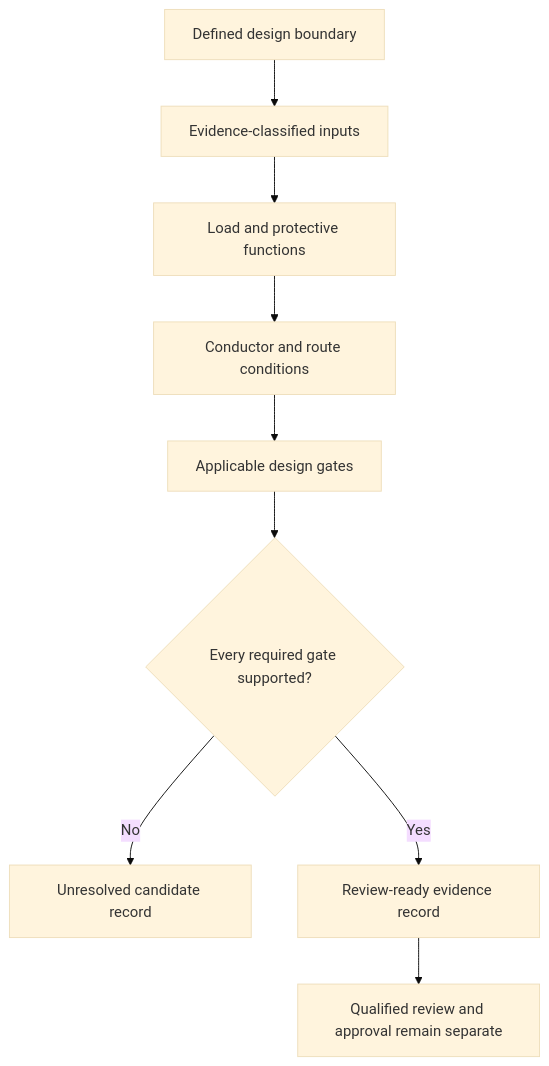
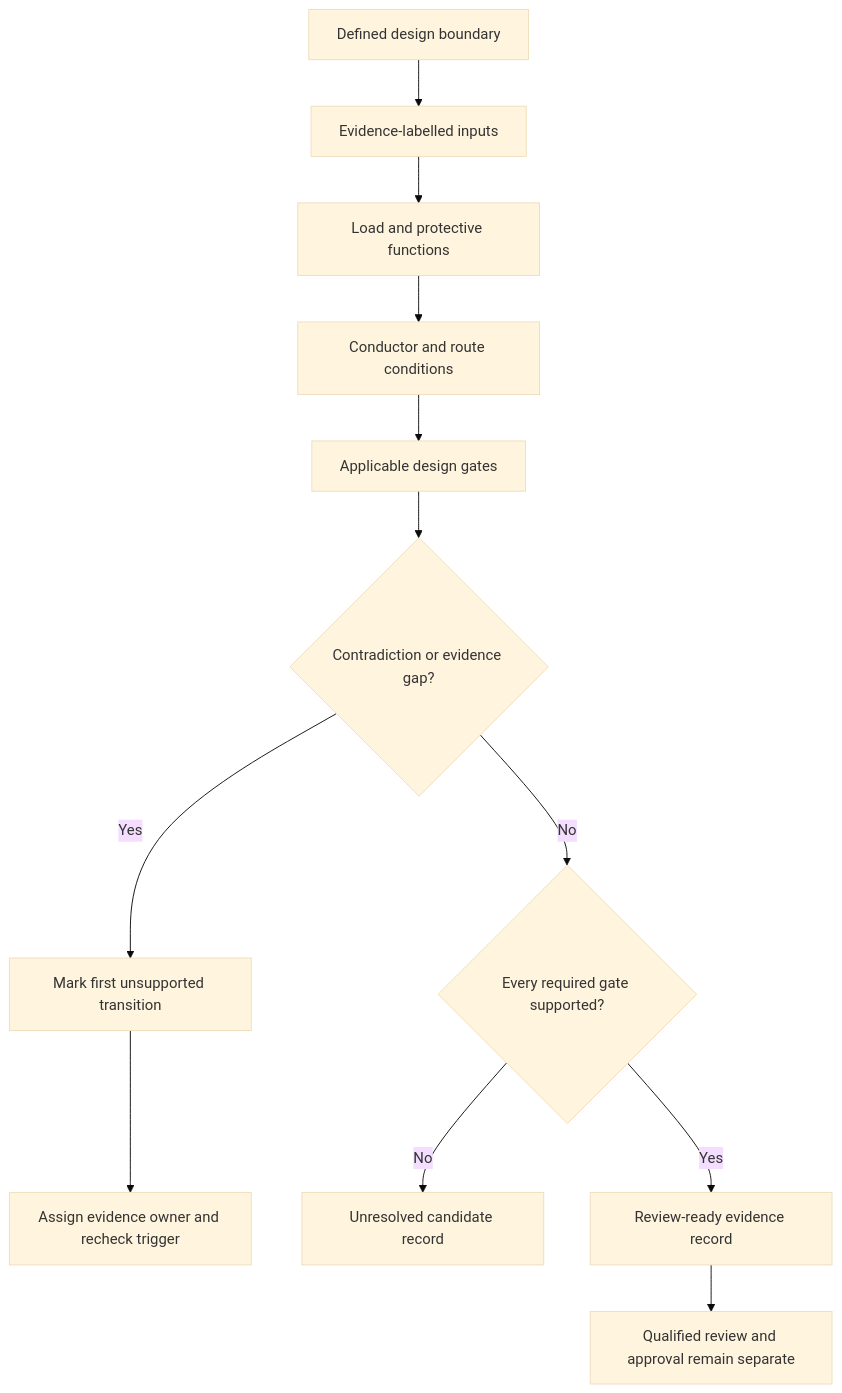
One commit to andrew3stedall/capstone changed the first of 2 diagrams in docs/learning-plans/12-week/modules/day-24-complete-cable-selection-workflow-and-evidence-record.md. Above: the diagram before and after it, drawn with Mermaid (base theme). The commit also changed other lines of this file, not shown here.

Commit message:
Improve Day 24 cable-selection evidence workflow

````diff
--- a/docs/learning-plans/12-week/modules/day-24-complete-cable-selection-workflow-and-evidence-record.md
+++ b/docs/learning-plans/12-week/modules/day-24-complete-cable-selection-workflow-and-evidence-record.md
@@ -76,11 +99,14 @@
 ```mermaid
 flowchart TD
-    A["Defined design boundary"] --> B["Evidence-classified inputs"]
+    A["Defined design boundary"] --> B["Evidence-labelled inputs"]
     B --> C["Load and protective functions"]
     C --> D["Conductor and route conditions"]
     D --> E["Applicable design gates"]
-    E --> F{"Every required gate supported?"}
-    F -->|"No"| G["Unresolved candidate record"]
-    F -->|"Yes"| H["Review-ready evidence record"]
-    H --> I["Qualified review and approval remain separate"]
+    E --> F{"Contradiction or evidence gap?"}
+    F -->|"Yes"| G["Mark first unsupported transition"]
+    G --> H["Assign evidence owner and recheck trigger"]
+    F -->|"No"| I{"Every required gate supported?"}
+    I -->|"No"| J["Unresolved candidate record"]
+    I -->|"Yes"| K["Review-ready evidence record"]
+    K --> L["Qualified review and approval remain separate"]
 ```
````
